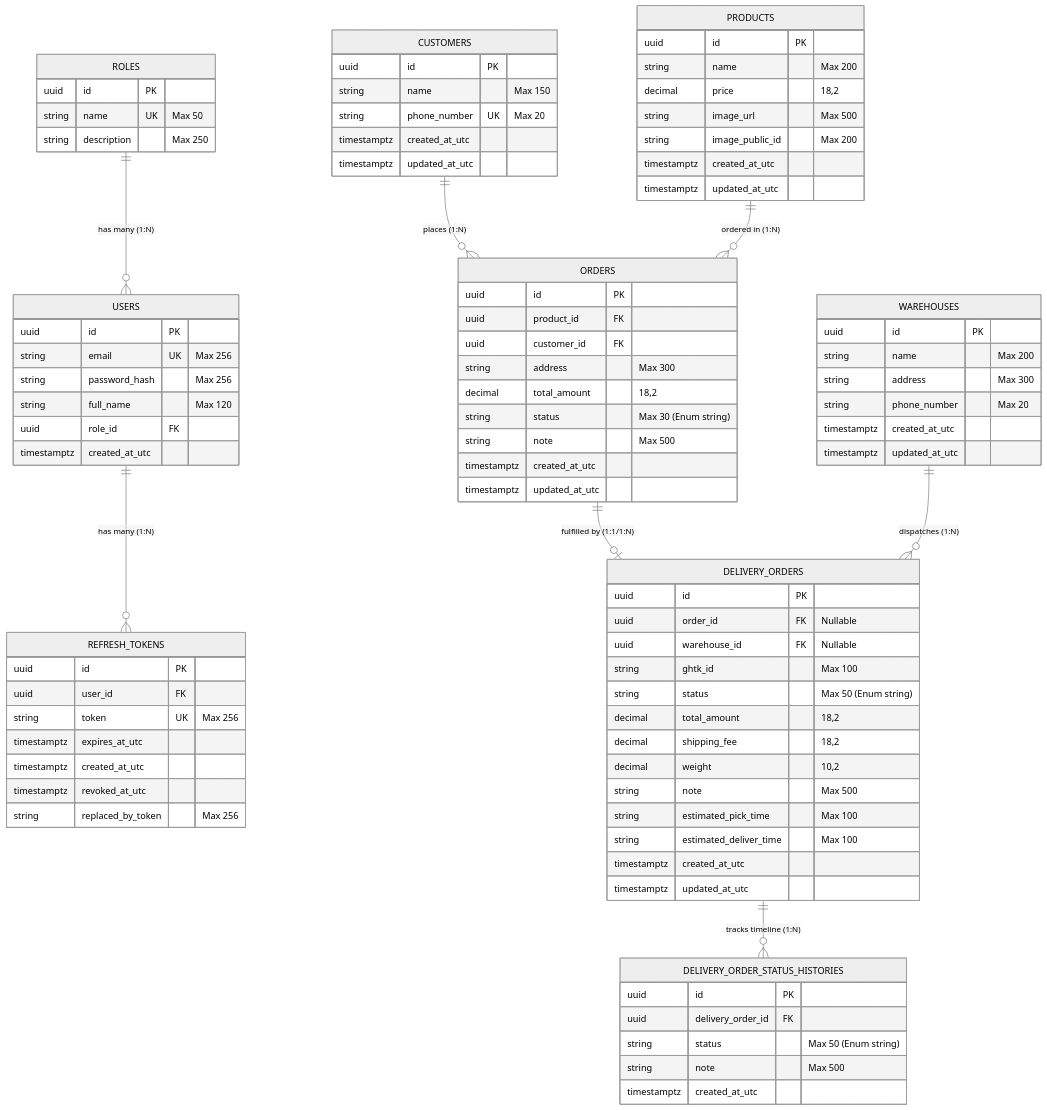
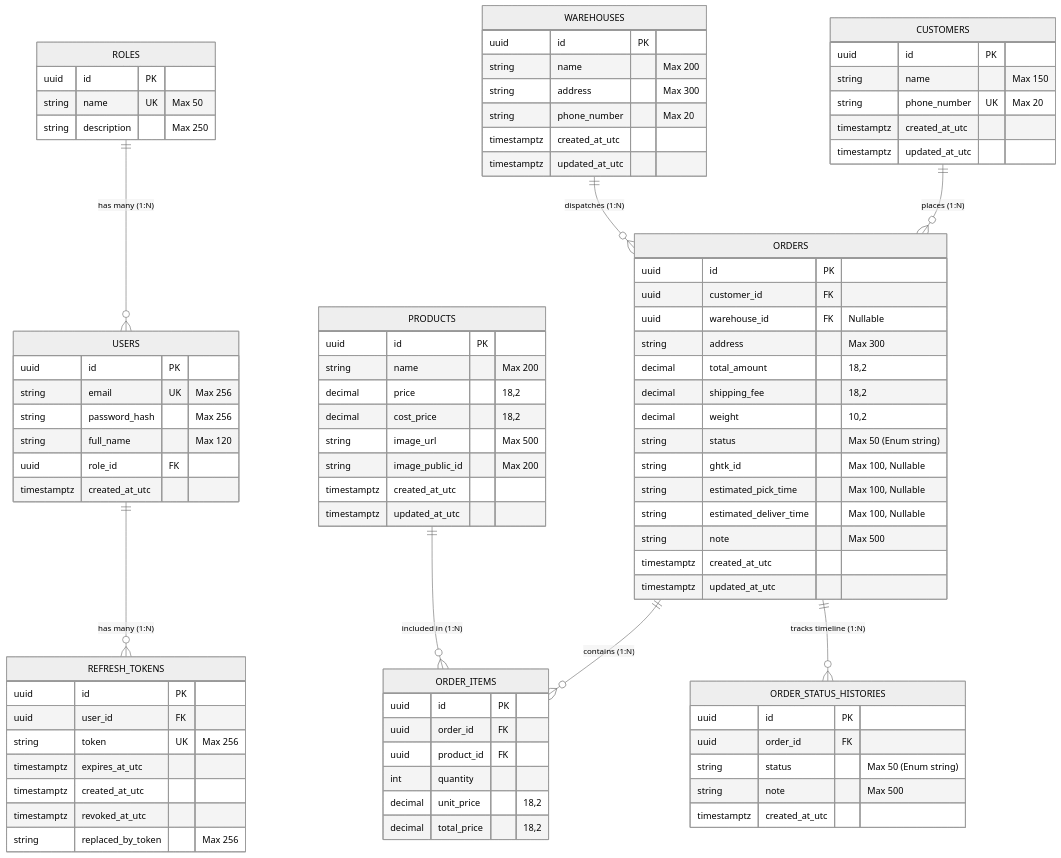
One commit to huy-ngu/thinh-phat-be changed the diagram in ENTITIES_DOCUMENTATION.md. Above: the diagram before and after it, drawn with Mermaid (neutral theme). The commit also changed other lines of this file and 37 other files, not shown here.

````diff
--- a/ENTITIES_DOCUMENTATION.md
+++ b/ENTITIES_DOCUMENTATION.md
@@ -38,12 +37,12 @@
     USERS ||--o{ REFRESH_TOKENS : "has many (1:N)"
     
     CUSTOMERS ||--o{ ORDERS : "places (1:N)"
-    PRODUCTS ||--o{ ORDERS : "ordered in (1:N)"
+    WAREHOUSES ||--o{ ORDERS : "dispatches (1:N)"
     
-    ORDERS ||--o| DELIVERY_ORDERS : "fulfilled by (1:1/1:N)"
-    WAREHOUSES ||--o{ DELIVERY_ORDERS : "dispatches (1:N)"
+    ORDERS ||--o{ ORDER_ITEMS : "contains (1:N)"
+    PRODUCTS ||--o{ ORDER_ITEMS : "included in (1:N)"
     
-    DELIVERY_ORDERS ||--o{ DELIVERY_ORDER_STATUS_HISTORIES : "tracks timeline (1:N)"
+    ORDERS ||--o{ ORDER_STATUS_HISTORIES : "tracks timeline (1:N)"
 
     ROLES {
         uuid id PK
@@ -82,6 +81,7 @@
         uuid id PK
         string name "Max 200"
         decimal price "18,2"
+        decimal cost_price "18,2"
         string image_url "Max 500"
         string image_public_id "Max 200"
         timestamptz created_at_utc
@@ -90,14 +90,36 @@
 
     ORDERS {
         uuid id PK
-        uuid product_id FK
         uuid customer_id FK
+        uuid warehouse_id FK "Nullable"
         string address "Max 300"
         decimal total_amount "18,2"
-        string status "Max 30 (Enum string)"
+        decimal shipping_fee "18,2"
+        decimal weight "10,2"
+        string status "Max 50 (Enum string)"
+        string ghtk_id "Max 100, Nullable"
+        string estimated_pick_time "Max 100, Nullable"
+        string estimated_deliver_time "Max 100, Nullable"
         string note "Max 500"
         timestamptz created_at_utc
         timestamptz updated_at_utc
+    }
+
+    ORDER_ITEMS {
+        uuid id PK
+        uuid order_id FK
+        uuid product_id FK
+        int quantity
+        decimal unit_price "18,2"
+        decimal total_price "18,2"
+    }
+
+    ORDER_STATUS_HISTORIES {
+        uuid id PK
+        uuid order_id FK
+        string status "Max 50 (Enum string)"
+        string note "Max 500"
+        timestamptz created_at_utc
     }
 
     WAREHOUSES {
@@ -108,28 +130,4 @@
         timestamptz created_at_utc
         timestamptz updated_at_utc
     }
-
-    DELIVERY_ORDERS {
-        uuid id PK
-        uuid order_id FK "Nullable"
-        uuid warehouse_id FK "Nullable"
-        string ghtk_id "Max 100"
-        string status "Max 50 (Enum string)"
-        decimal total_amount "18,2"
-        decimal shipping_fee "18,2"
-        decimal weight "10,2"
-        string note "Max 500"
-        string estimated_pick_time "Max 100"
-        string estimated_deliver_time "Max 100"
-        timestamptz created_at_utc
-        timestamptz updated_at_utc
-    }
-
-    DELIVERY_ORDER_STATUS_HISTORIES {
-        uuid id PK
-        uuid delivery_order_id FK
-        string status "Max 50 (Enum string)"
-        string note "Max 500"
-        timestamptz created_at_utc
-    }
 ```
````
